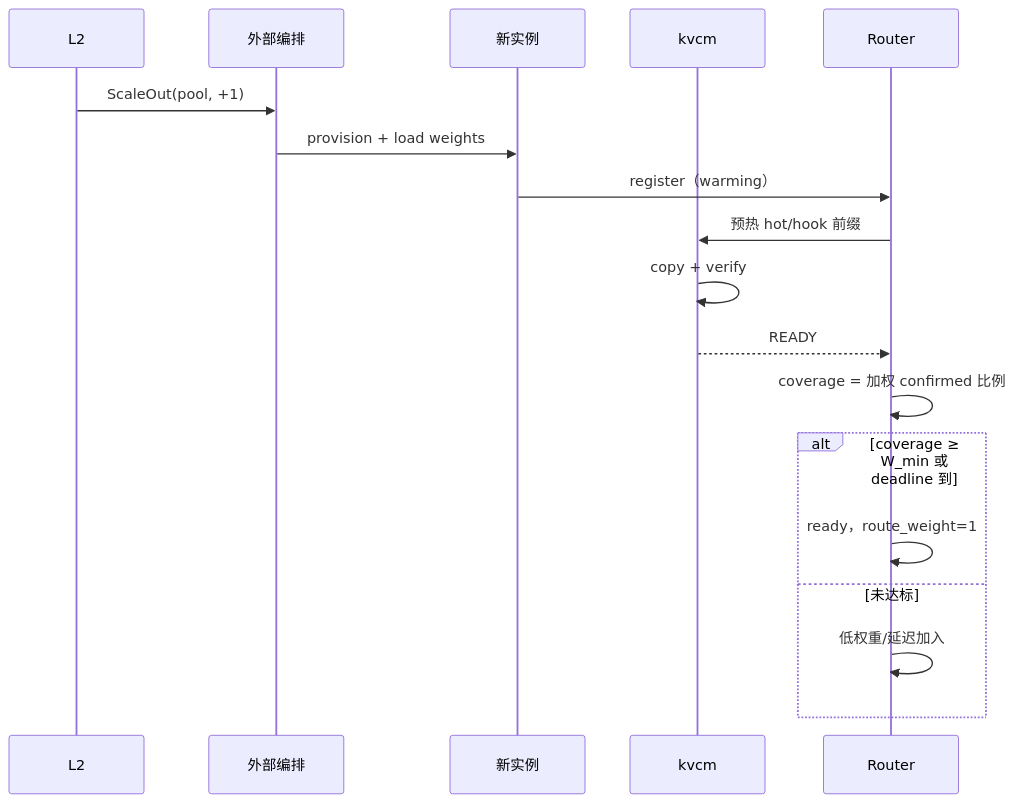
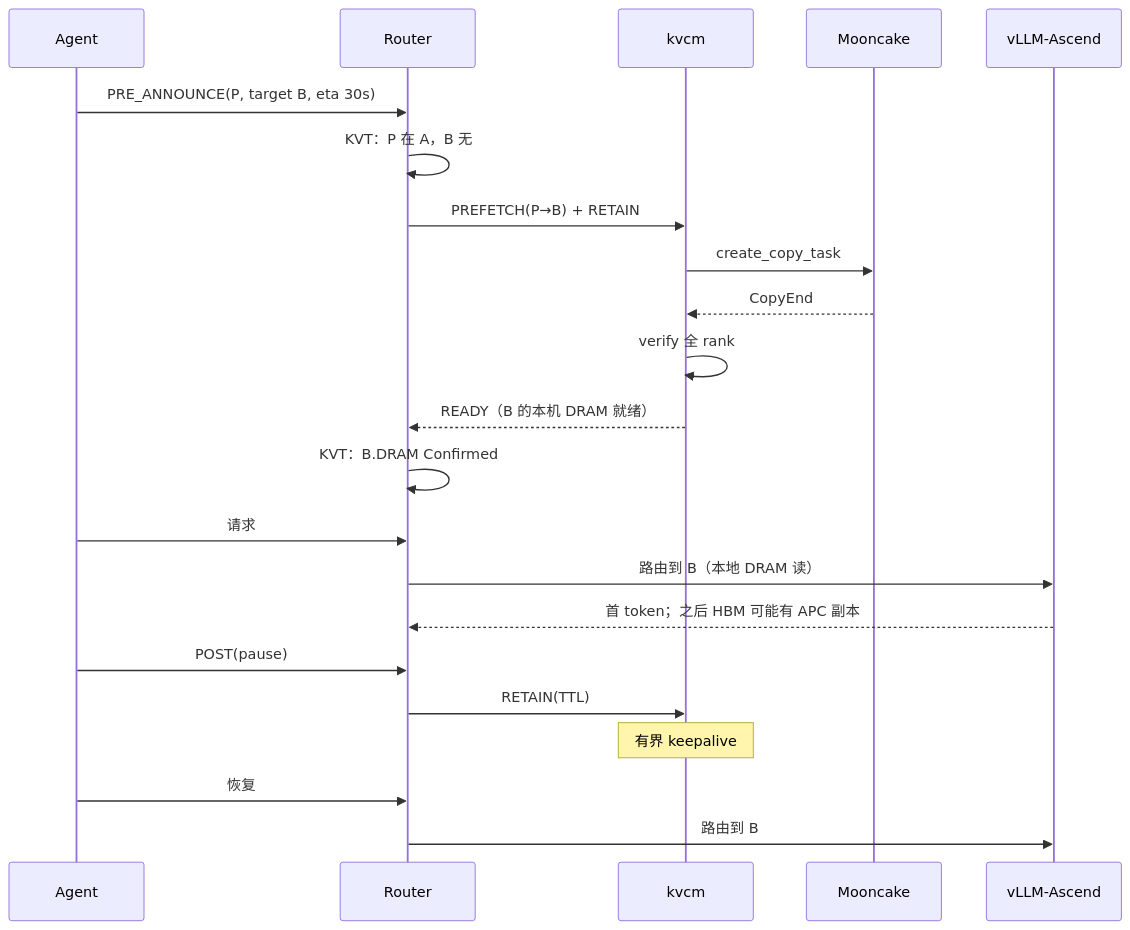
Before and after one commit to 5x8-40/lake: the ninth of 14 diagrams in kvcm/design/D8-joint-scheduling.md, drawn with Mermaid. The commit also changed other lines of this file and 5 other files, not shown here.

````diff
--- a/kvcm/design/D8-joint-scheduling.md
+++ b/kvcm/design/D8-joint-scheduling.md
@@ -805,21 +475,28 @@
 ```mermaid
 sequenceDiagram
-    participant L2 as L2
-    participant O as 外部编排
-    participant N as 新实例
+    participant A as Agent
+    participant R as Router
     participant K as kvcm
-    participant R as Router
+    participant M as Mooncake
+    participant W as vLLM-Ascend
 
-    L2->>O: ScaleOut(pool, +1)
-    O->>N: provision + load weights
-    N->>R: register（warming）
-    R->>K: 预热 hot/hook 前缀
-    K->>K: copy + verify
-    K-->>R: READY
-    R->>R: coverage = 加权 confirmed 比例
-    alt coverage ≥ W_min 或 deadline 到
-        R->>R: ready，route_weight=1
-    else 未达标
-        R->>R: 低权重/延迟加入
-    end
+    A->>R: PRE_ANNOUNCE(P, target B, eta 30s)
+    R->>R: KVT：P 在 A，B 无
+    R->>K: PREFETCH(P→B) + RETAIN
+    K->>M: create_copy_task
+    M-->>K: CopyEnd
+    K->>K: verify 全 rank
+    K-->>R: READY（B 的本机 DRAM 就绪）
+    R->>R: KVT：B.DRAM Confirmed
+
+    A->>R: 请求
+    R->>W: 路由到 B（本地 DRAM 读）
+    W-->>R: 首 token；之后 HBM 可能有 APC 副本
+
+    A->>R: POST(pause)
+    R->>K: RETAIN(TTL)
+    Note over K: 有界 keepalive
+
+    A->>R: 恢复
+    R->>W: 路由到 B
 ```
````
